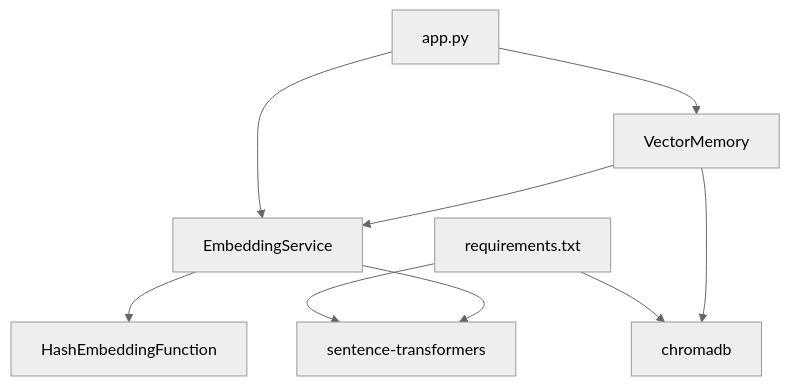
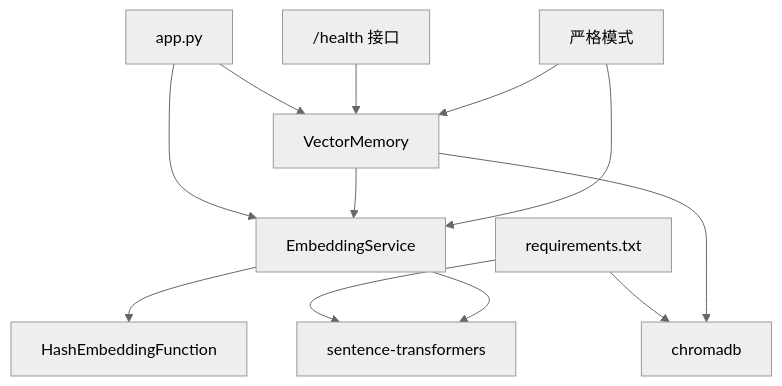
Before and after one commit to Moon-Force/DouYin_llm: the fifth of 5 diagrams in .qoder/repowiki/zh/content/后端服务/内存管理系统/嵌入模型服务.md, drawn with Mermaid (neutral theme). The commit also changed other lines of this file and 17 other files, not shown here.

````diff
--- a/.qoder/repowiki/zh/content/后端服务/内存管理系统/嵌入模型服务.md
+++ b/.qoder/repowiki/zh/content/后端服务/内存管理系统/嵌入模型服务.md
@@ -264,11 +385,14 @@
 ```mermaid
 graph TB
 R["requirements.txt"] --> C["chromadb"]
 R --> ST["sentence-transformers"]
 App["app.py"] --> ES["EmbeddingService"]
 App --> VM["VectorMemory"]
 ES --> HF["HashEmbeddingFunction"]
 VM --> ES
 ES --> ST
 VM --> C
+Health["/health 接口"] --> VM
+Strict["严格模式"] --> ES
+Strict --> VM
 ```
````
